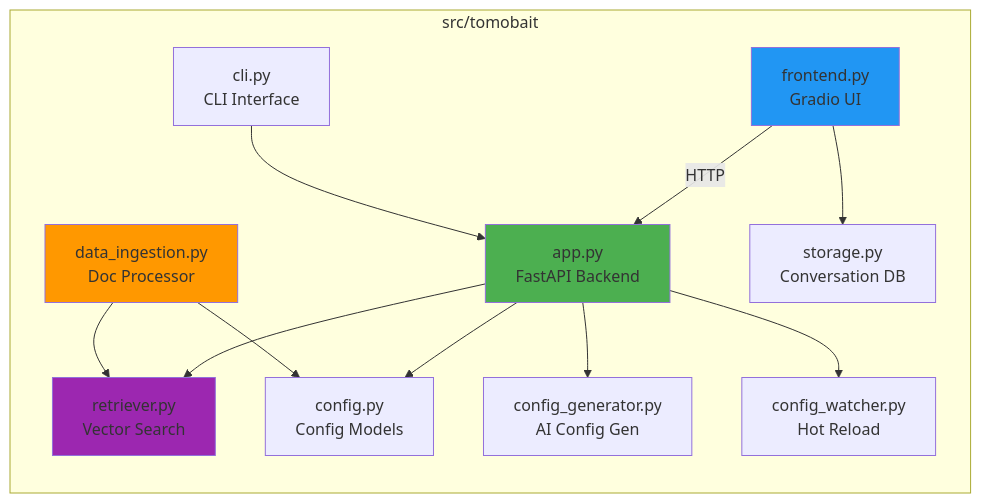
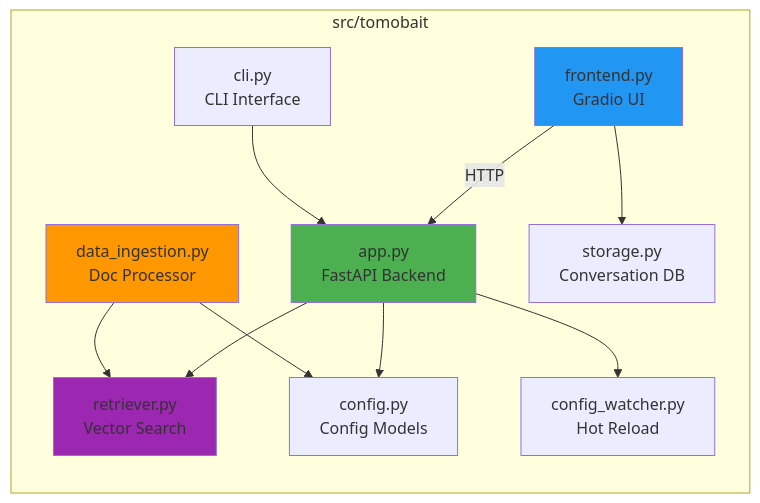
One commit to MDecarabas/tomo-bait changed the second of 3 diagrams in README.md. Above: the diagram before and after it, drawn with Mermaid. The commit also changed other lines of this file and 2 other files, not shown here.

````diff
--- a/README.md
+++ b/README.md
@@ -67,29 +67,27 @@
 ```mermaid
 graph LR
     subgraph "src/tomobait"
         APP[app.py<br/>FastAPI Backend]
         FRONT[frontend.py<br/>Gradio UI]
         ING[data_ingestion.py<br/>Doc Processor]
         RET[retriever.py<br/>Vector Search]
         CFG[config.py<br/>Config Models]
-        CFGGEN[config_generator.py<br/>AI Config Gen]
         CFGWATCH[config_watcher.py<br/>Hot Reload]
         STORE[storage.py<br/>Conversation DB]
         CLI[cli.py<br/>CLI Interface]
     end
 
     FRONT -->|HTTP| APP
     APP --> RET
     APP --> CFG
-    APP --> CFGGEN
     APP --> CFGWATCH
     ING --> RET
     ING --> CFG
     FRONT --> STORE
     CLI --> APP
 
     style APP fill:#4caf50
     style FRONT fill:#2196f3
     style ING fill:#ff9800
     style RET fill:#9c27b0
 ```
````
